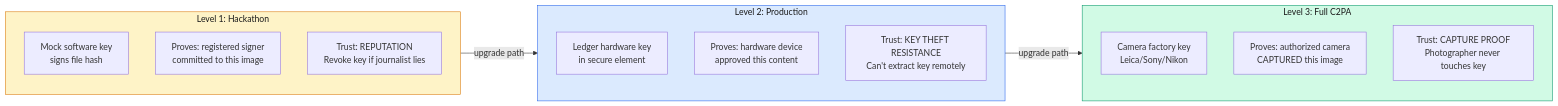
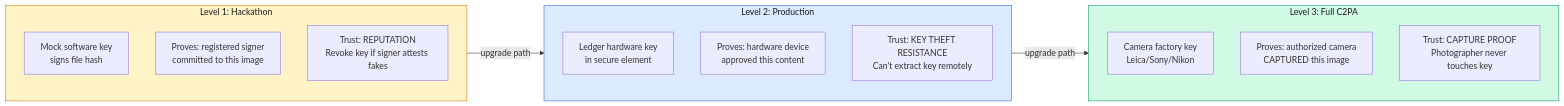
One commit to pycckuu/proof-frame changed the sixth of 13 diagrams in docs/DIAGRAMS.md. Above: the diagram before and after it, drawn with Mermaid. The commit also changed other lines of this file and 26 other files, not shown here.

````diff
--- a/docs/DIAGRAMS.md
+++ b/docs/DIAGRAMS.md
@@ -234,27 +234,27 @@
 ```mermaid
 graph LR
     subgraph L1["Level 1: Hackathon"]
         L1S["Mock software key<br/>signs file hash"]
         L1P["Proves: registered signer<br/>committed to this image"]
-        L1T["Trust: REPUTATION<br/>Revoke key if journalist lies"]
+        L1T["Trust: REPUTATION<br/>Revoke key if signer attests fakes"]
     end
 
     subgraph L2["Level 2: Production"]
         L2S["Ledger hardware key<br/>in secure element"]
         L2P["Proves: hardware device<br/>approved this content"]
         L2T["Trust: KEY THEFT RESISTANCE<br/>Can't extract key remotely"]
     end
 
     subgraph L3["Level 3: Full C2PA"]
         L3S["Camera factory key<br/>Leica/Sony/Nikon"]
         L3P["Proves: authorized camera<br/>CAPTURED this image"]
         L3T["Trust: CAPTURE PROOF<br/>Photographer never touches key"]
     end
 
     L1 -->|"upgrade path"| L2
     L2 -->|"upgrade path"| L3
 
     style L1 fill:#fef3c7,stroke:#d97706,color:#1a1a1a
     style L2 fill:#dbeafe,stroke:#2563eb,color:#1a1a1a
     style L3 fill:#d1fae5,stroke:#059669,color:#1a1a1a
 ```
````
